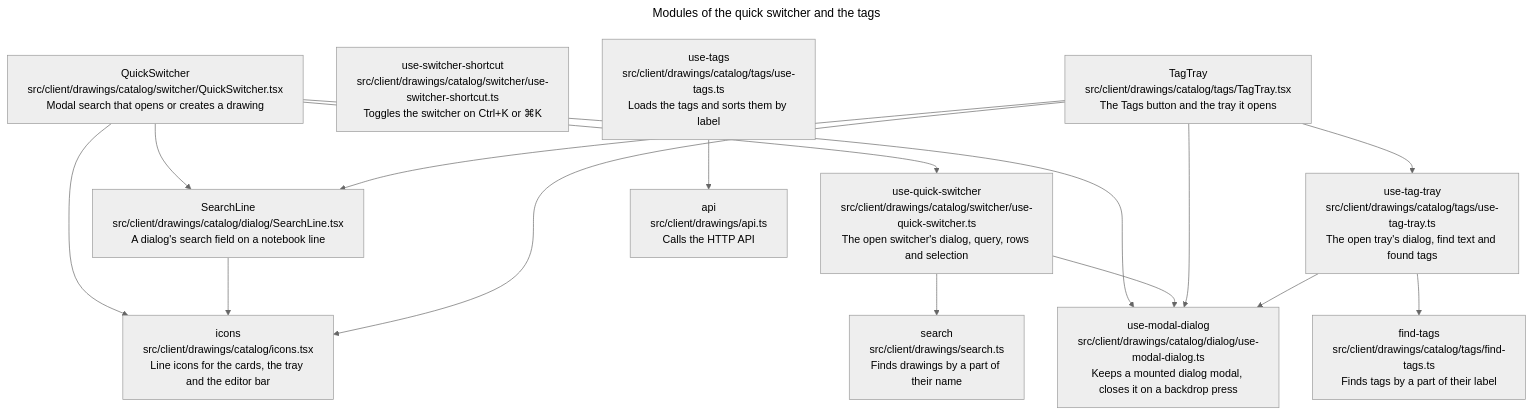
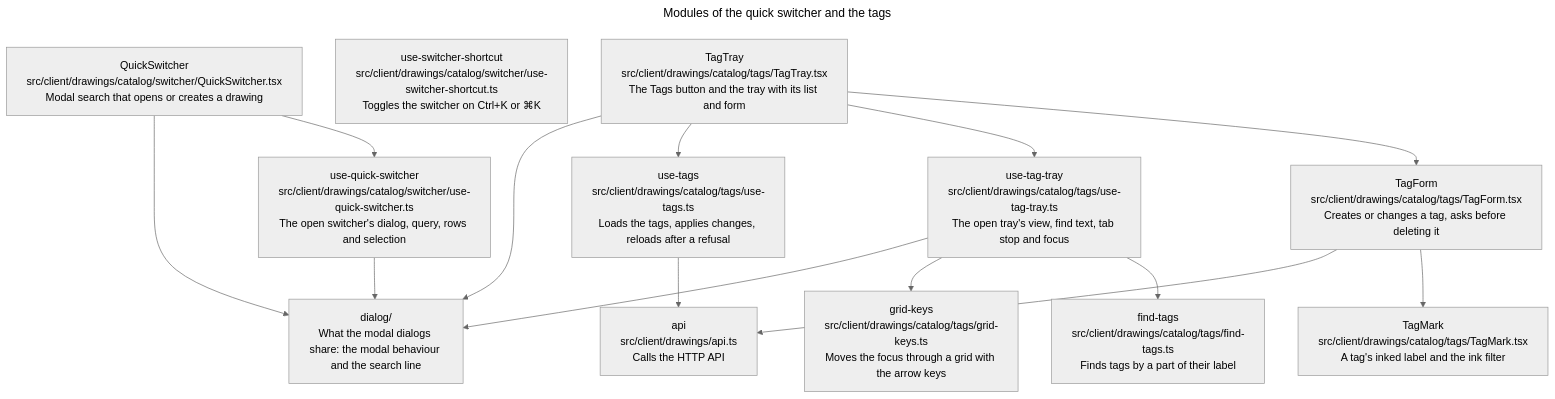
Before and after one commit to remshams/excalidraw-dashboard: the eighth of 11 diagrams in docs/architecture/architecture.md, drawn with Mermaid (neutral theme). The commit also changed other lines of this file and 1 other file, not shown here.

Commit message:
docs(Architecture): describe the tag form and rejected changes

````diff
--- a/docs/architecture/architecture.md
+++ b/docs/architecture/architecture.md
@@ -239,24 +239,24 @@
 ```mermaid
 ---
 title: Modules of the quick switcher and the tags
 ---
 flowchart TD
     switcher["QuickSwitcher<br>src/client/drawings/catalog/switcher/QuickSwitcher.tsx<br>Modal search that opens or creates a drawing"]:::module
     switcherState["use-quick-switcher<br>src/client/drawings/catalog/switcher/use-quick-switcher.ts<br>The open switcher's dialog, query, rows and selection"]:::module
     shortcut["use-switcher-shortcut<br>src/client/drawings/catalog/switcher/use-switcher-shortcut.ts<br>Toggles the switcher on Ctrl+K or ⌘K"]:::module
-    tray["TagTray<br>src/client/drawings/catalog/tags/TagTray.tsx<br>The Tags button and the tray it opens"]:::module
-    trayState["use-tag-tray<br>src/client/drawings/catalog/tags/use-tag-tray.ts<br>The open tray's dialog, find text and found tags"]:::module
+    tray["TagTray<br>src/client/drawings/catalog/tags/TagTray.tsx<br>The Tags button and the tray with its list and form"]:::module
+    trayState["use-tag-tray<br>src/client/drawings/catalog/tags/use-tag-tray.ts<br>The open tray's view, find text, tab stop and focus"]:::module
+    form["TagForm<br>src/client/drawings/catalog/tags/TagForm.tsx<br>Creates or changes a tag, asks before deleting it"]:::module
+    mark["TagMark<br>src/client/drawings/catalog/tags/TagMark.tsx<br>A tag's inked label and the ink filter"]:::module
     findTags["find-tags<br>src/client/drawings/catalog/tags/find-tags.ts<br>Finds tags by a part of their label"]:::module
-    tags["use-tags<br>src/client/drawings/catalog/tags/use-tags.ts<br>Loads the tags and sorts them by label"]:::module
-    modal["use-modal-dialog<br>src/client/drawings/catalog/dialog/use-modal-dialog.ts<br>Keeps a mounted dialog modal, closes it on a backdrop press"]:::module
-    line["SearchLine<br>src/client/drawings/catalog/dialog/SearchLine.tsx<br>A dialog's search field on a notebook line"]:::module
-    icons["icons<br>src/client/drawings/catalog/icons.tsx<br>Line icons for the cards, the tray and the editor bar"]:::module
-    search["search<br>src/client/drawings/search.ts<br>Finds drawings by a part of their name"]:::module
+    gridKeys["grid-keys<br>src/client/drawings/catalog/tags/grid-keys.ts<br>Moves the focus through a grid with the arrow keys"]:::module
+    tags["use-tags<br>src/client/drawings/catalog/tags/use-tags.ts<br>Loads the tags, applies changes, reloads after a refusal"]:::module
+    dialog["dialog/<br>What the modal dialogs share: the modal behaviour and the search line"]:::group
     api["api<br>src/client/drawings/api.ts<br>Calls the HTTP API"]:::module
-    switcher --> icons & line & switcherState & modal
-    switcherState --> search & modal
-    line --> icons
-    tray --> icons & line & trayState & modal
-    trayState --> findTags & modal
+    switcher --> switcherState & dialog
+    switcherState --> dialog
+    tray --> form & trayState & tags & dialog
+    form --> mark & api
+    trayState --> findTags & gridKeys & dialog
     tags --> api
 ```
````
